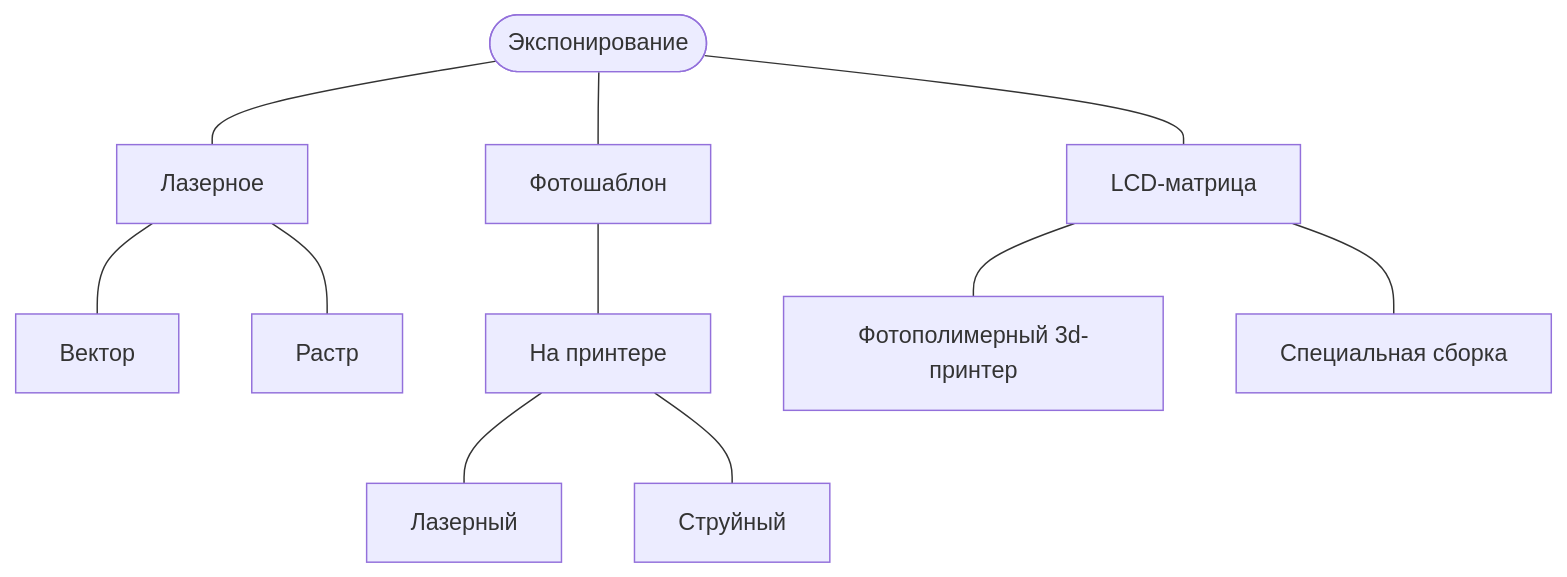
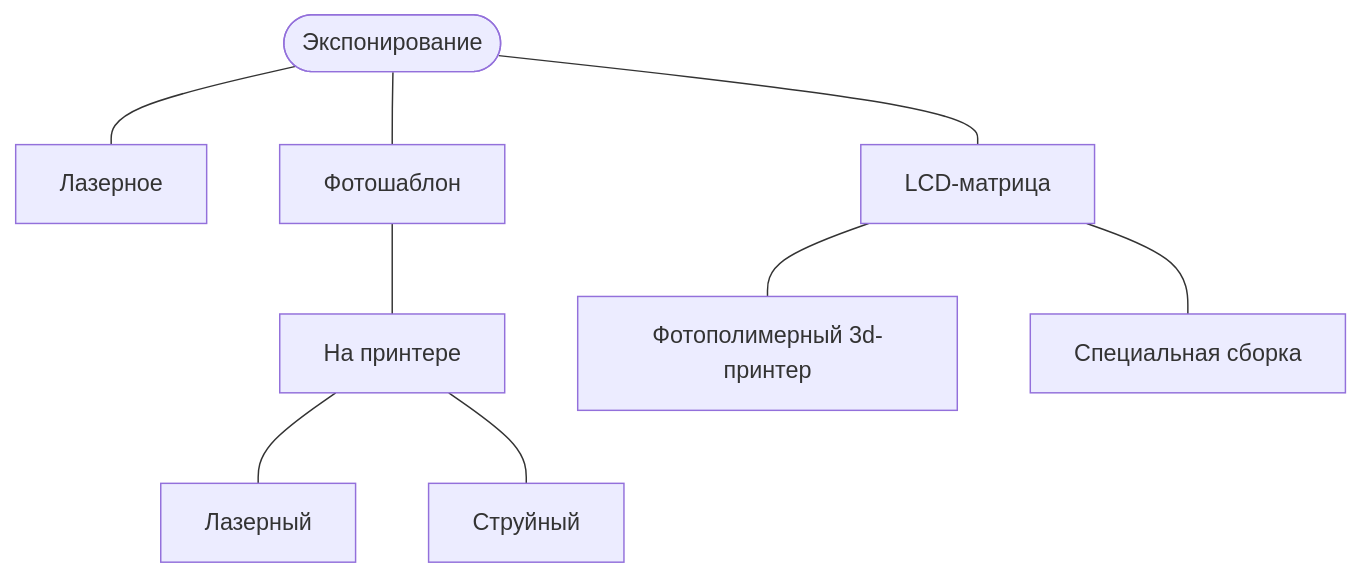
Before and after one commit to ufrs12/PCB-making: the diagram in MD/expo/expo.md, drawn with Mermaid. The commit also changed other lines of this file, not shown here.

````diff
--- a/MD/expo/expo.md
+++ b/MD/expo/expo.md
@@ -3,15 +3,13 @@
 ```mermaid
 flowchart
 	n30@{ shape: "stadium", label: "Экспонирование" }
 	n30 --- n33["Лазерное"]
 		click n33 "https://github.com/ufrs12/PCB-making/blob/main/MD/expo/laser/laser.md"
 	n30 --- n34["Фотошаблон"]
 	n30 --- n35["LCD-матрица"]
-	n33 --- n36["Вектор"]
-	n33 --- n37["Растр"]
 	n34 --- n42["На принтере"]
 	n42 --- n43["Лазерный"]
 	n42 --- n44["Струйный"]
 	n35 --- n45["Фотополимерный 3d-принтер"]
 	n35 --- n46["Специальная сборка"]
 ```
````
